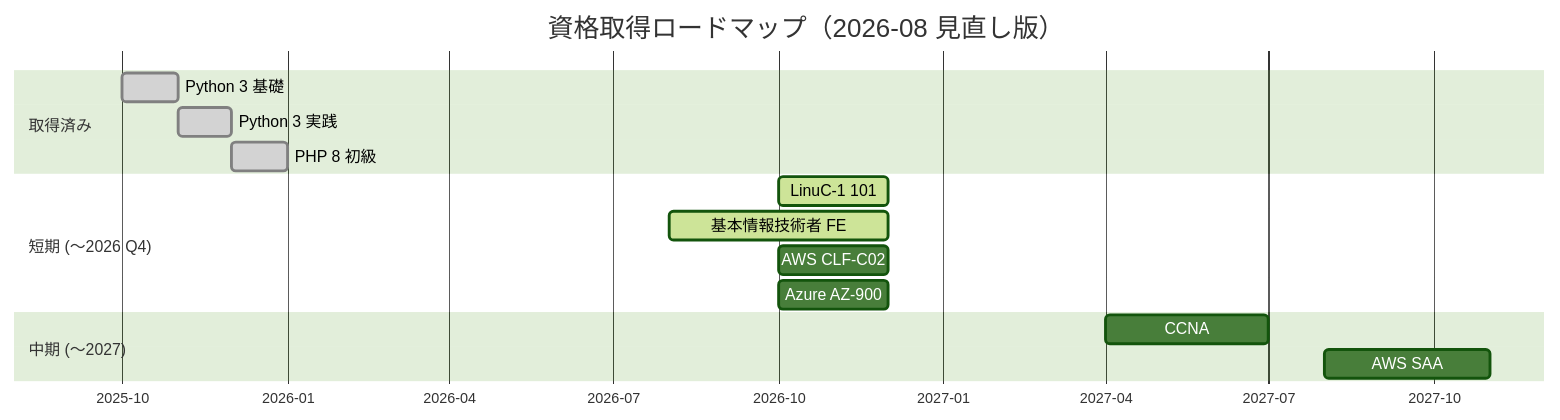
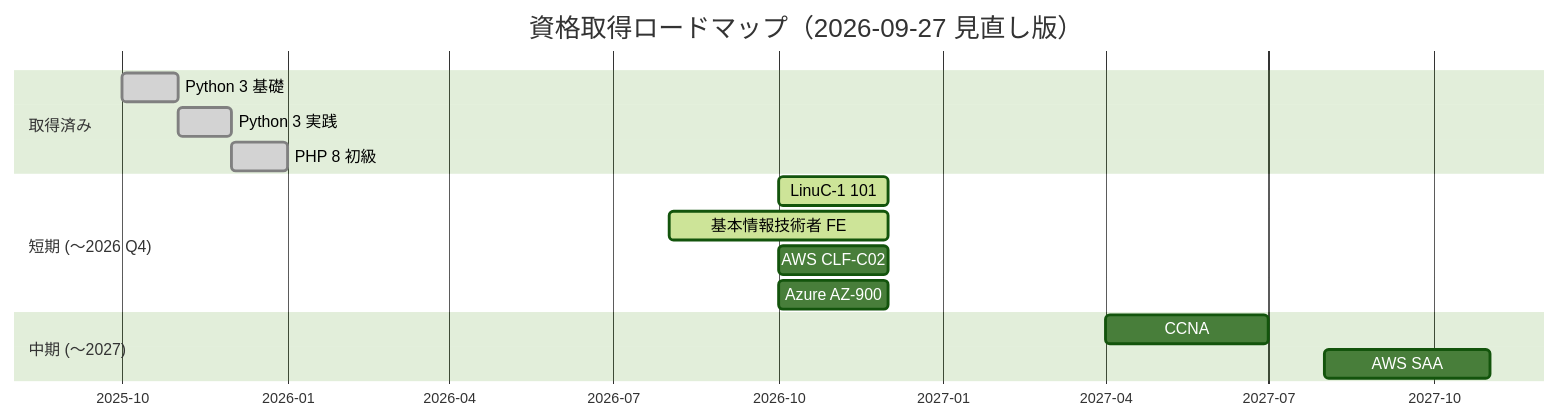
The diagram in docs/certifications/roadmap.md (ns7jp/ns7jp), drawn with Mermaid (forest theme) before and after one commit. The commit also changed other lines of this file and 4 other files, not shown here.

````diff
--- a/docs/certifications/roadmap.md
+++ b/docs/certifications/roadmap.md
@@ -98,21 +98,21 @@
 ```mermaid
 gantt
-    title 資格取得ロードマップ（2026-08 見直し版）
+    title 資格取得ロードマップ（2026-09-27 見直し版）
     dateFormat YYYY-MM
     axisFormat %Y-%m
 
     section 取得済み
     Python 3 基礎      :done, p1, 2025-10, 2025-11
     Python 3 実践      :done, p2, 2025-11, 2025-12
     PHP 8 初級         :done, p3, 2025-12, 2026-01
 
     section 短期 (〜2026 Q4)
     LinuC-1 101        :active, l1, 2026-10, 2M
     基本情報技術者 FE   :active, f1, 2026-08, 2026-12
     AWS CLF-C02        :acp1, 2026-10, 2M
     Azure AZ-900       :az1, 2026-10, 2M
 
     section 中期 (〜2027)
     CCNA               :c1, 2027-04, 3M
     AWS SAA            :a1, 2027-08, 3M
 ```
````
